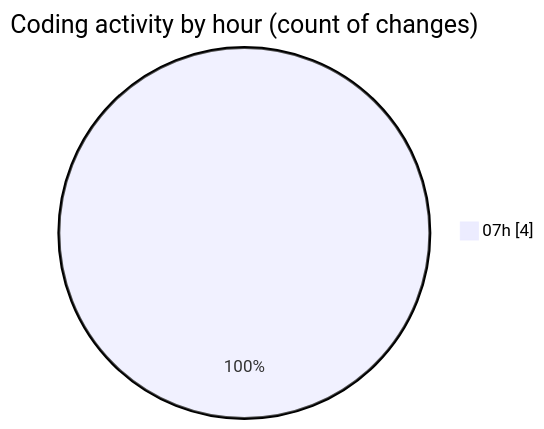
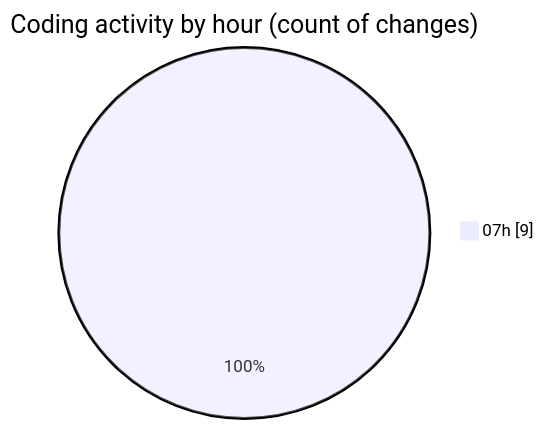
Before and after one commit to robertbonfada/code-tracking: the second of 2 diagrams in 2025-03-10/mbc-web/README.md, drawn with Mermaid. The commit also changed other lines of this file and 1 other file, not shown here.

````diff
--- a/2025-03-10/mbc-web/README.md
+++ b/2025-03-10/mbc-web/README.md
@@ -29,5 +30,5 @@
 ```mermaid
 pie showData
 title Coding activity by hour (count of changes)
-"07h" : 4
+"07h" : 9
 ```
````
